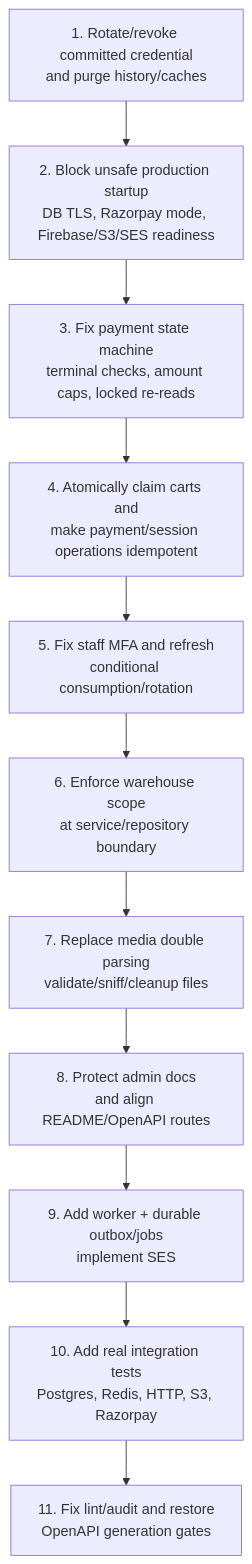
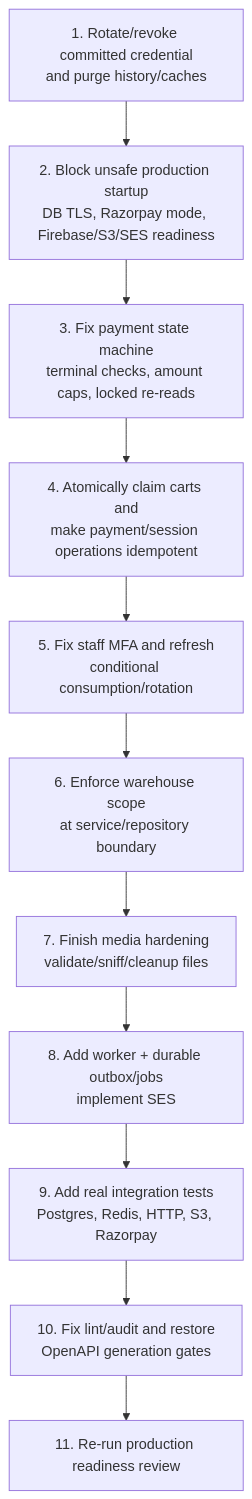
Before and after one commit to Vashofficials/Achichiz-Back-End: diagram 26 of 26 in docs/BACKEND-FLOW.md, drawn with Mermaid. The commit also changed other lines of this file and 8 other files, not shown here.

Commit message:
audit existing Admin and Storefront APIs

````diff
--- a/docs/BACKEND-FLOW.md
+++ b/docs/BACKEND-FLOW.md
@@ -900,13 +902,13 @@
 ```mermaid
 flowchart TD
     A[1. Rotate/revoke committed credential\nand purge history/caches] --> B[2. Block unsafe production startup\nDB TLS, Razorpay mode, Firebase/S3/SES readiness]
     B --> C[3. Fix payment state machine\nterminal checks, amount caps, locked re-reads]
     C --> D[4. Atomically claim carts and\nmake payment/session operations idempotent]
     D --> E[5. Fix staff MFA and refresh\nconditional consumption/rotation]
     E --> F[6. Enforce warehouse scope\nat service/repository boundary]
-    F --> G[7. Replace media double parsing\nvalidate/sniff/cleanup files]
-    G --> H[8. Protect admin docs\nand align README/OpenAPI routes]
-    H --> I[9. Add worker + durable outbox/jobs\nimplement SES]
-    I --> J[10. Add real integration tests\nPostgres, Redis, HTTP, S3, Razorpay]
-    J --> K[11. Fix lint/audit and restore\nOpenAPI generation gates]
+    F --> G[7. Finish media hardening\nvalidate/sniff/cleanup files]
+    G --> H[8. Add worker + durable outbox/jobs\nimplement SES]
+    H --> I[9. Add real integration tests\nPostgres, Redis, HTTP, S3, Razorpay]
+    I --> J[10. Fix lint/audit and restore\nOpenAPI generation gates]
+    J --> K[11. Re-run production readiness review]
 ```
````
